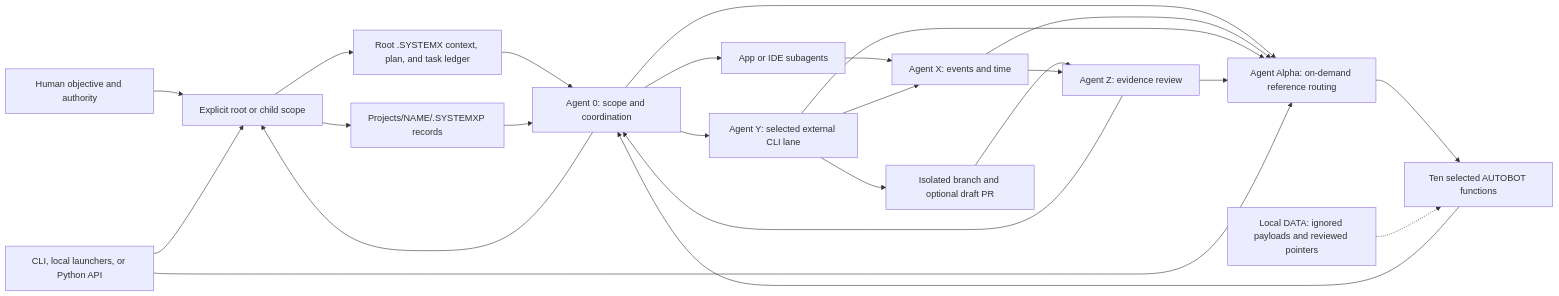
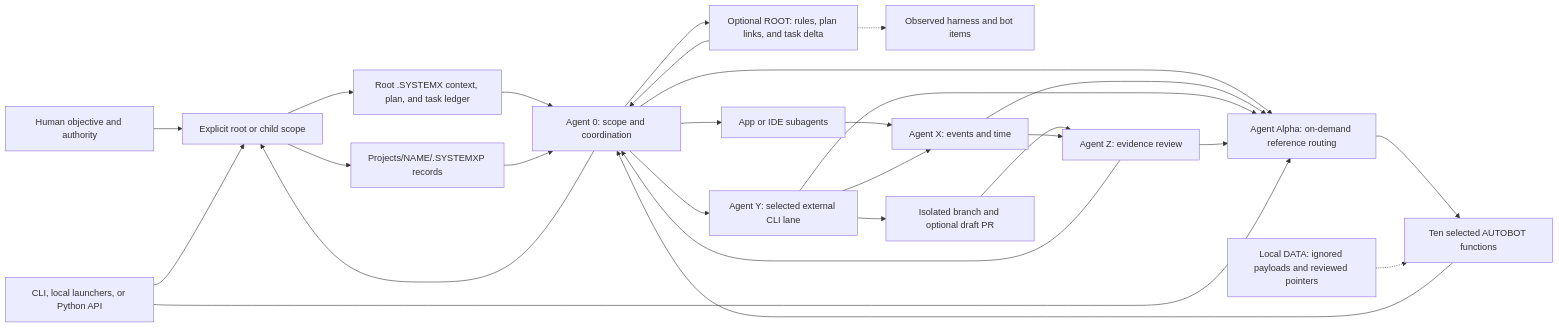
One commit to WayneTechLab/dotSYSTEMX changed the diagram in README.md. Above: the diagram before and after it, drawn with Mermaid. The commit also changed other lines of this file and 40 other files, not shown here.

Commit message:
feat: add optional ROOT planning and observed task deltas

````diff
--- a/README.md
+++ b/README.md
@@ -110,26 +110,29 @@
 ```mermaid
 flowchart LR
   H[Human objective and authority] --> S[Explicit root or child scope]
   CLI[CLI, local launchers, or Python API] --> S
   S --> R[Root .SYSTEMX context, plan, and task ledger]
   S --> C[Projects/NAME/.SYSTEMXP records]
   R --> A0[Agent 0: scope and coordination]
   C --> A0
+  A0 --> ROOT[Optional ROOT: rules, plan links, and task delta]
+  ROOT -.-> HS[Observed harness and bot items]
+  ROOT --> A0
   A0 --> W[App or IDE subagents]
   A0 --> Y[Agent Y: selected external CLI lane]
   Y --> P[Isolated branch and optional draft PR]
   W --> X[Agent X: events and time]
   Y --> X
   P --> Z[Agent Z: evidence review]
   X --> Z
   Z --> A0
   A0 --> AA[Agent Alpha: on-demand reference routing]
   X --> AA
   Y --> AA
   Z --> AA
   CLI --> AA
   AA --> AB[Ten selected AUTOBOT functions]
   AB --> A0
   D[Local DATA: ignored payloads and reviewed pointers] -.-> AB
   A0 --> S
 ```
````
